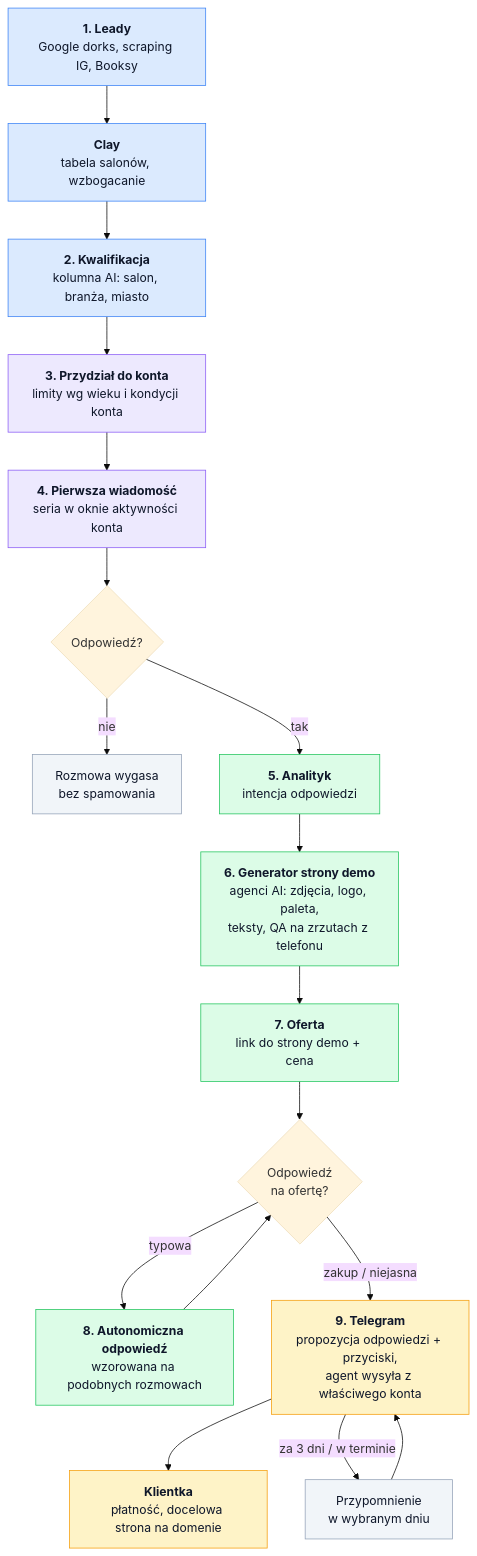
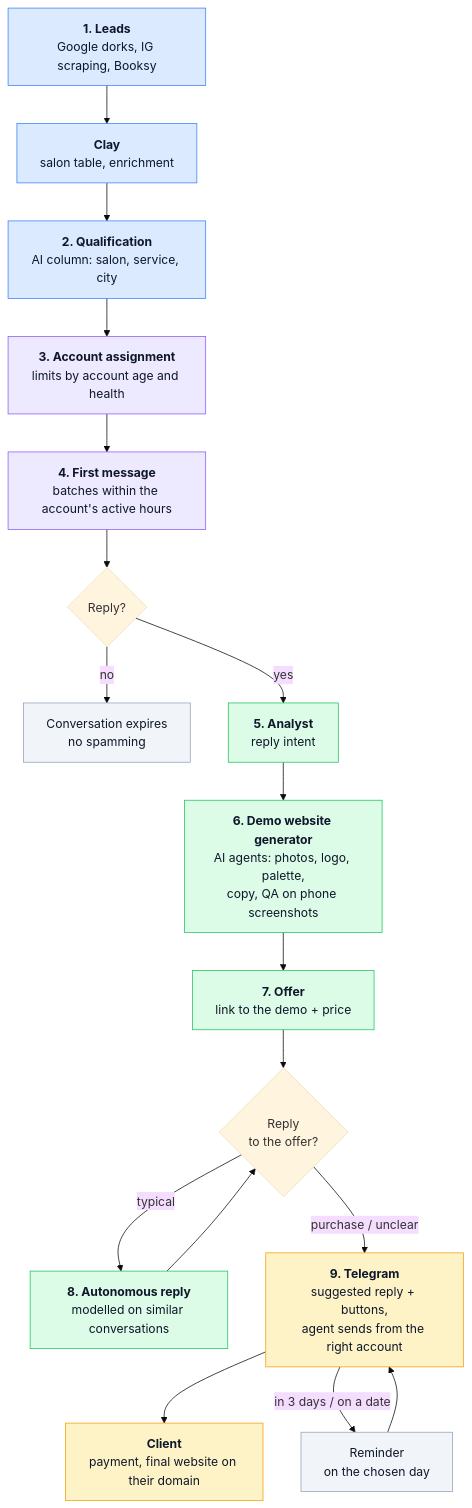
The diagram in README.md (patrykolech/ai-sales-system-instagram), drawn with Mermaid (base theme) before and after one commit. The commit also changed other lines of this file and 1 other file, not shown here.

````diff
--- a/README.md
+++ b/README.md
@@ -23,30 +22,30 @@
 ```mermaid
 flowchart TD
-    A["<b>1. Leady</b><br/>Google dorks, scraping IG, Booksy"] --> CL["<b>Clay</b><br/>tabela salonów, wzbogacanie"]
-    CL --> B["<b>2. Kwalifikacja</b><br/>kolumna AI: salon, branża, miasto"]
-    B --> C["<b>3. Przydział do konta</b><br/>limity wg wieku i kondycji konta"]
-    C --> D["<b>4. Pierwsza wiadomość</b><br/>seria w oknie aktywności konta"]
-    D --> E{"Odpowiedź?"}
-    E -- nie --> F["Rozmowa wygasa<br/>bez spamowania"]
-    E -- tak --> G["<b>5. Analityk</b><br/>intencja odpowiedzi"]
-    G --> H["<b>6. Generator strony demo</b><br/>agenci AI: zdjęcia, logo, paleta,<br/>teksty, QA na zrzutach z telefonu"]
-    H --> I["<b>7. Oferta</b><br/>link do strony demo + cena"]
-    I --> J{"Odpowiedź<br/>na ofertę?"}
-    J -- "typowa" --> K["<b>8. Autonomiczna odpowiedź</b><br/>wzorowana na podobnych rozmowach"]
-    J -- "zakup / niejasna" --> L["<b>9. Telegram</b><br/>propozycja odpowiedzi + przyciski,<br/>agent wysyła z właściwego konta"]
+    A["<b>1. Leads</b><br/>Google dorks, IG scraping, Booksy"] --> CL["<b>Clay</b><br/>salon table, enrichment"]
+    CL --> B["<b>2. Qualification</b><br/>AI column: salon, service, city"]
+    B --> C["<b>3. Account assignment</b><br/>limits by account age and health"]
+    C --> D["<b>4. First message</b><br/>batches within the account's active hours"]
+    D --> E{"Reply?"}
+    E -- no --> F["Conversation expires<br/>no spamming"]
+    E -- yes --> G["<b>5. Analyst</b><br/>reply intent"]
+    G --> H["<b>6. Demo website generator</b><br/>AI agents: photos, logo, palette,<br/>copy, QA on phone screenshots"]
+    H --> I["<b>7. Offer</b><br/>link to the demo + price"]
+    I --> J{"Reply<br/>to the offer?"}
+    J -- "typical" --> K["<b>8. Autonomous reply</b><br/>modelled on similar conversations"]
+    J -- "purchase / unclear" --> L["<b>9. Telegram</b><br/>suggested reply + buttons,<br/>agent sends from the right account"]
     K --> J
-    L --> M["<b>Klientka</b><br/>płatność, docelowa strona na domenie"]
-    L -- "za 3 dni / w terminie" --> N["Przypomnienie<br/>w wybranym dniu"]
+    L --> M["<b>Client</b><br/>payment, final website on their domain"]
+    L -- "in 3 days / on a date" --> N["Reminder<br/>on the chosen day"]
     N --> L
 
-    classDef dane fill:#dbeafe,stroke:#3b82f6,color:#0f172a
-    classDef konta fill:#ede9fe,stroke:#8b5cf6,color:#0f172a
+    classDef data fill:#dbeafe,stroke:#3b82f6,color:#0f172a
+    classDef accounts fill:#ede9fe,stroke:#8b5cf6,color:#0f172a
     classDef ai fill:#dcfce7,stroke:#22c55e,color:#0f172a
-    classDef sprzedaz fill:#fef3c7,stroke:#f59e0b,color:#0f172a
-    classDef boczne fill:#f1f5f9,stroke:#94a3b8,color:#0f172a
-    class A,B,CL dane
-    class C,D konta
+    classDef sales fill:#fef3c7,stroke:#f59e0b,color:#0f172a
+    classDef side fill:#f1f5f9,stroke:#94a3b8,color:#0f172a
+    class A,B,CL data
+    class C,D accounts
     class G,H,I,K ai
-    class L,M sprzedaz
-    class F,N boczne
+    class L,M sales
+    class F,N side
 ```
````
